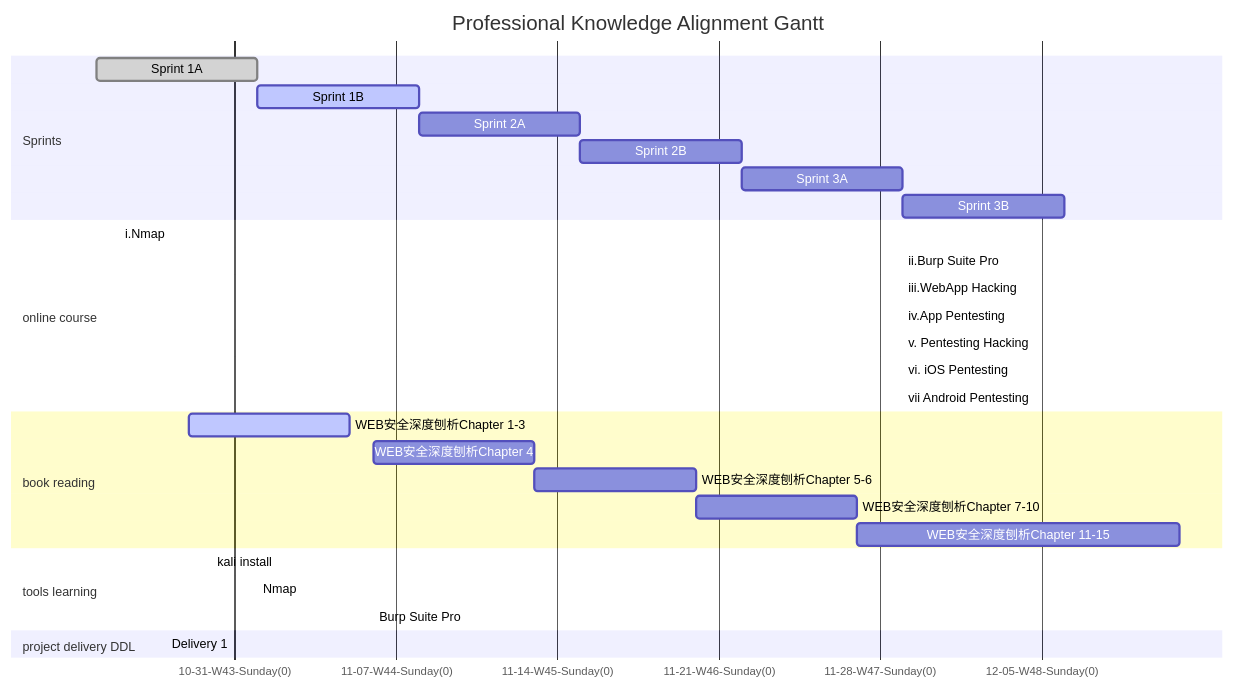
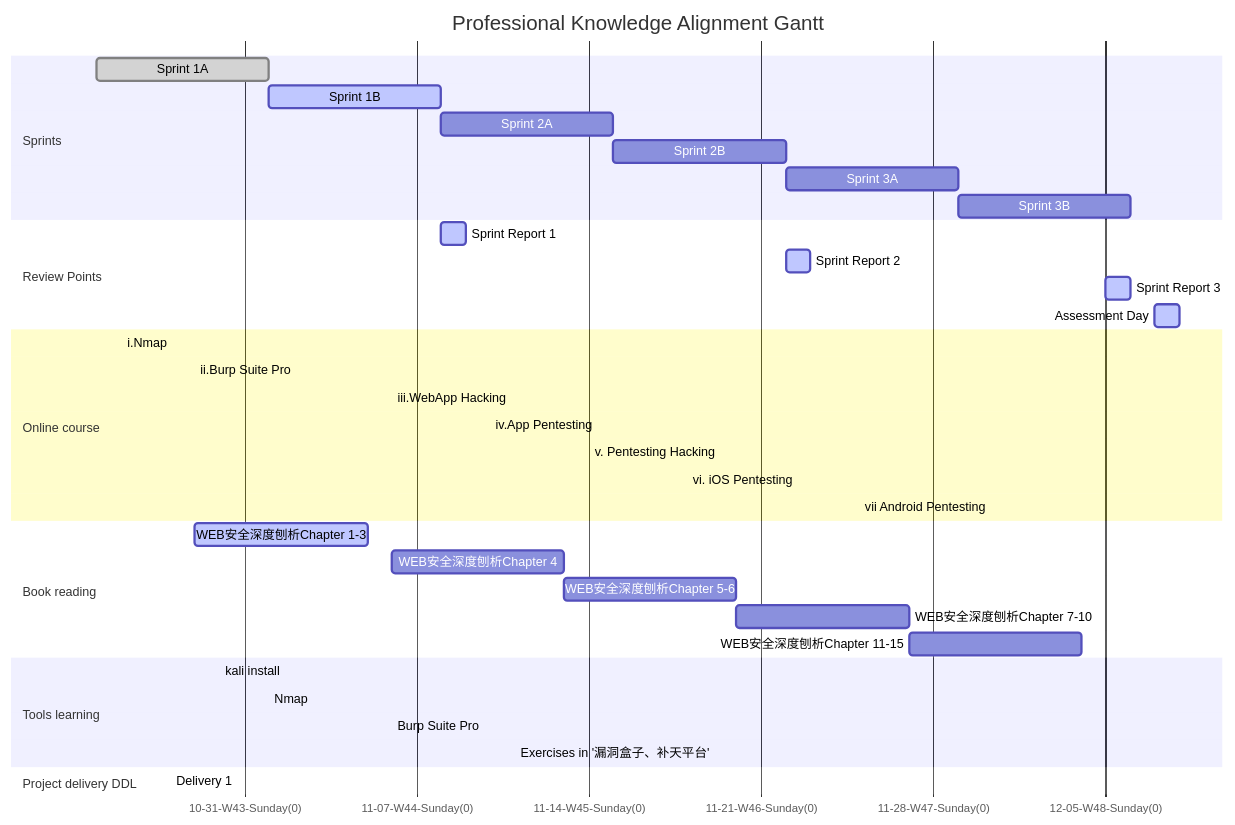
One commit to sorphwer/sorphwer.github.io changed the second of 2 diagrams in learning.md. Above: the diagram before and after it, drawn with Mermaid.

````diff
--- a/learning.md
+++ b/learning.md
@@ -74,38 +74,46 @@
 ```mermaid
 
 gantt
 
 title Professional Knowledge Alignment Gantt
 todayMarker stroke-width:2px,stroke:#00,opacity:0.8
 axisFormat  %m-%d-W%W-%A(%w)
 section Sprints
 Sprint 1A          :done,    des1, 2021-10-25,1w
 Sprint 1B          :active,    des1, 2021-11-1,1w
 Sprint 2A          :    des1, 2021-11-8,1w
 Sprint 2B          :    des1, 2021-11-15,1w
 Sprint 3A          :    des1, 2021-11-22,1w
 Sprint 3B          :    des1, 2021-11-29,1w
-section online course
+section Review Points
+Sprint Report 1: active, 2021-11-8,1d
+Sprint Report 2: active, 2021-11-22,1d
+Sprint Report 3: active, 2021-12-5,1d
+Assessment Day:active, 2021-12-7,1d
+section Online course
 i.Nmap         : active,   oc1, 2021-10-26,2021-11-02
-ii.Burp Suite Pro: active,   oc2, 2021-11-29,2021-11-02
-iii.WebApp Hacking: oc3, 2021-11-29,
-iv.App Pentesting:oc4, 2021-11-29,
-v. Pentesting Hacking:oc5, 2021-11-29,
-vi. iOS Pentesting: oc6, 2021-11-29,
-vii Android Pentesting:oc7, 2021-11-29,
+ii.Burp Suite Pro:active,    oc2, 2021-10-29,2021-11-11
+iii.WebApp Hacking: oc3, 2021-11-6,2021-12-7
+iv.App Pentesting:oc4, 2021-11-10,2021-12-7
+v. Pentesting Hacking:oc5, 2021-11-14,2021-12-7
+vi. iOS Pentesting: oc6, 2021-11-18,2021-12-7
+vii Android Pentesting:oc7, 2021-11-25,2021-12-7
 
-section book reading
+section Book reading
 WEB安全深度刨析Chapter 1-3 :active , des1,2021-10-29,1w
 WEB安全深度刨析Chapter 4 : ,2021-11-6,1w
 WEB安全深度刨析Chapter 5-6 : ,2021-11-13,1w
 WEB安全深度刨析Chapter 7-10 : 2021-11-20,1w
-WEB安全深度刨析Chapter 11-15 : ,2021-11-27,2w
-section tools learning
+WEB安全深度刨析Chapter 11-15 : ,2021-11-27,1w
+section Tools learning
 kali install: done,2021-10-30,2021-11-02
 Nmap: active,2021-11-1,2021-11-06
 Burp Suite Pro: 2021-11-06,2021-11-11
+Exercises in '漏洞盒子、补天平台': 2021-11-11,2021-12-7
 
-section project delivery DDL
+section Project delivery DDL
 Delivery 1:done, 2021-10-28,2021-11-02
 
+
+
 ```
````
